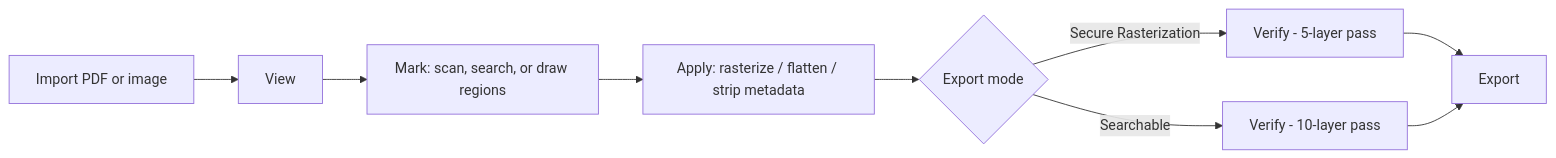
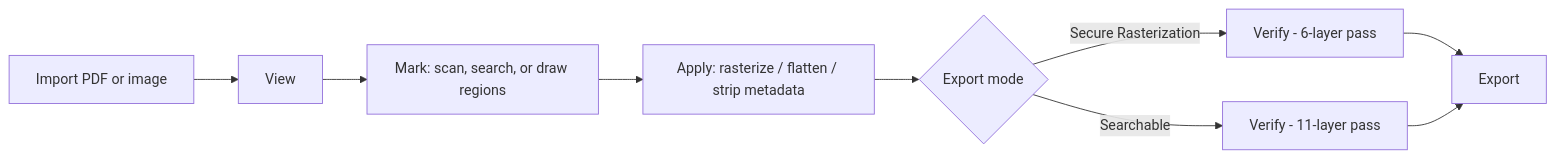
The diagram in README.md (Merlin1A/resecta), drawn with Mermaid before and after one commit. The commit also changed other lines of this file and 26 other files, not shown here.

````diff
--- a/README.md
+++ b/README.md
@@ -47,11 +47,11 @@
 ```mermaid
 flowchart LR
   A[Import PDF or image] --> B[View]
   B --> C[Mark: scan, search, or draw regions]
   C --> D[Apply: rasterize / flatten / strip metadata]
   D --> E{Export mode}
-  E -->|Secure Rasterization| F[Verify - 5-layer pass]
-  E -->|Searchable| G[Verify - 10-layer pass]
+  E -->|Secure Rasterization| F[Verify - 6-layer pass]
+  E -->|Searchable| G[Verify - 11-layer pass]
   F --> H[Export]
   G --> H[Export]
 ```
````
